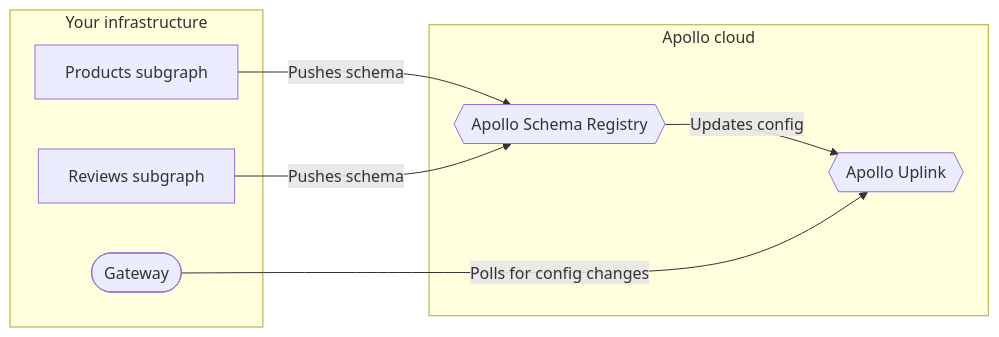
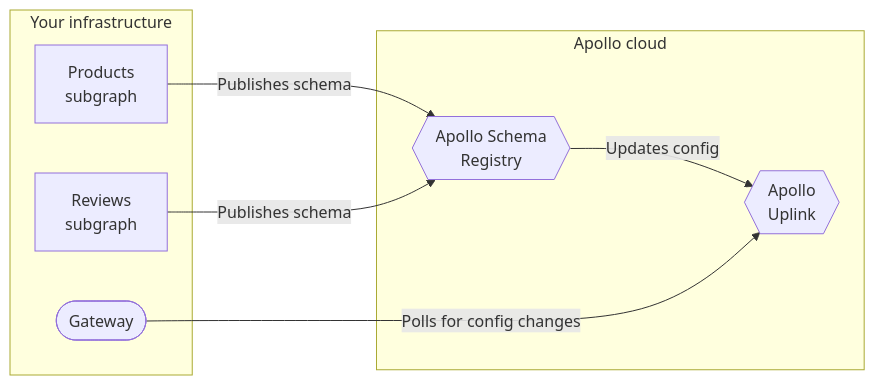
Before and after one commit to apollographql/federation: the diagram in docs/source/managed-federation/overview.mdx, drawn with Mermaid. The commit also changed other lines of this file and 77 other files, not shown here.

````diff
--- a/docs/source/managed-federation/overview.mdx
+++ b/docs/source/managed-federation/overview.mdx
@@ -12,17 +12,17 @@
 ```mermaid
 graph LR;
   subgraph "Your infrastructure"
-  serviceA[Products subgraph];
-  serviceB[Reviews subgraph];
+  serviceA[Products<br/>subgraph];
+  serviceB[Reviews<br/>subgraph];
   gateway([Gateway]);
   end
   subgraph "Apollo cloud"
-  registry{{Apollo Schema Registry}};
-  uplink{{Apollo Uplink}}
+    registry{{Apollo Schema<br/>Registry}};
+    uplink{{Apollo<br/>Uplink}}
   end
-  serviceA & serviceB -->|Pushes schema| registry;
+  serviceA & serviceB -->|Publishes schema| registry;
   registry -->|Updates config| uplink;
   gateway -->|Polls for config changes| uplink;
   class registry secondary;
   class uplink secondary;
 ```
````
